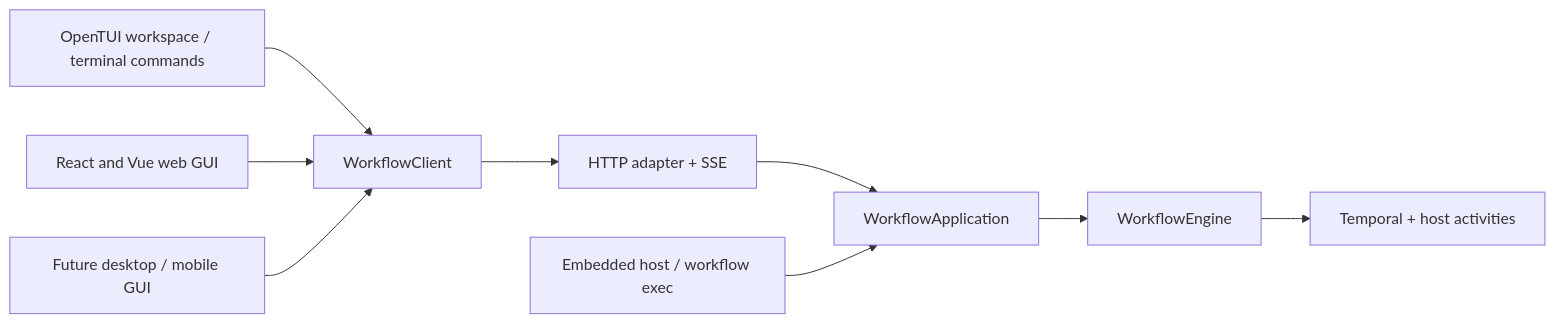
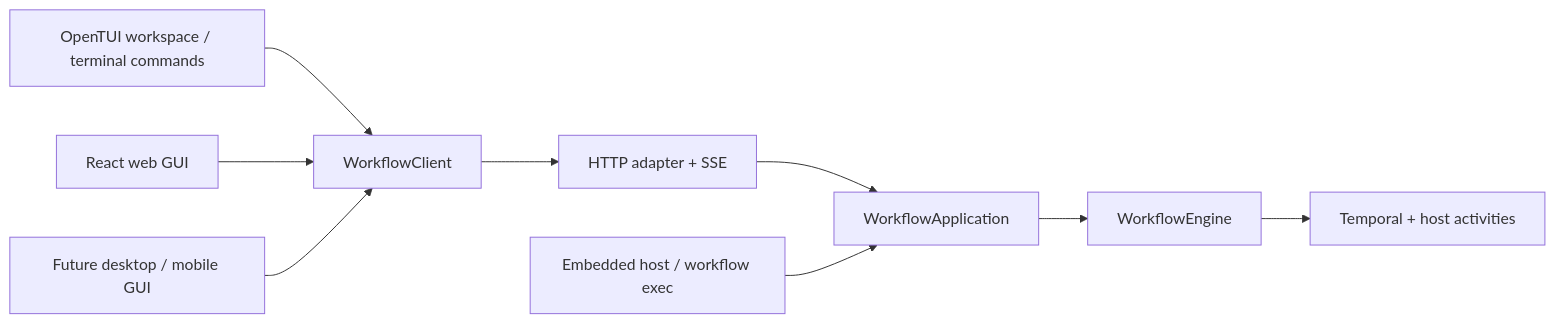
Before and after one commit to cjvnjde/workflow: the diagram in docs/clients.md, drawn with Mermaid. The commit also changed 156 other files, not shown here.

Commit message:
feat(web): complete React migration and modernize toolchain

````diff
--- a/docs/clients.md
+++ b/docs/clients.md
@@ -7,11 +7,11 @@
 ```mermaid
 flowchart LR
   Terminal[OpenTUI workspace / terminal commands] --> Client[WorkflowClient]
-  Web[React and Vue web GUI] --> Client
+  Web[React web GUI] --> Client
   Native[Future desktop / mobile GUI] --> Client
   Client --> HTTP[HTTP adapter + SSE]
   HTTP --> App[WorkflowApplication]
   Direct[Embedded host / workflow exec] --> App
   App --> Engine[WorkflowEngine]
   Engine --> Temporal[Temporal + host activities]
 ```
````
